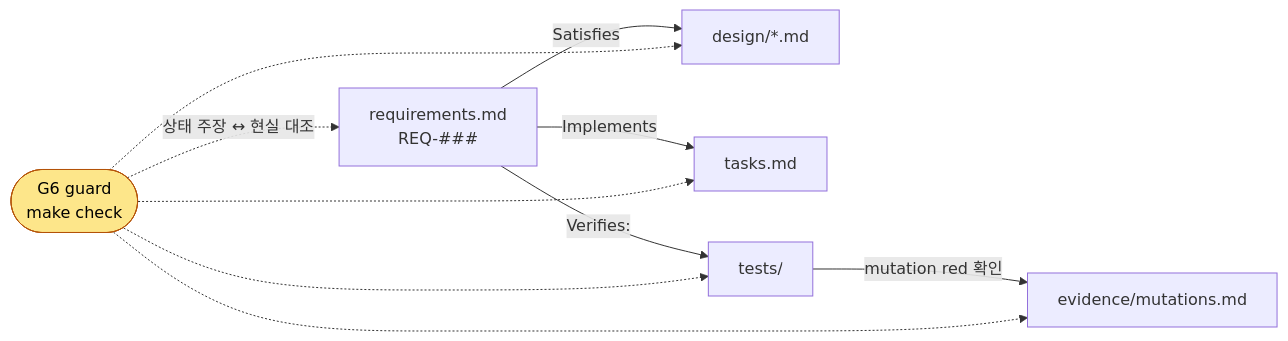
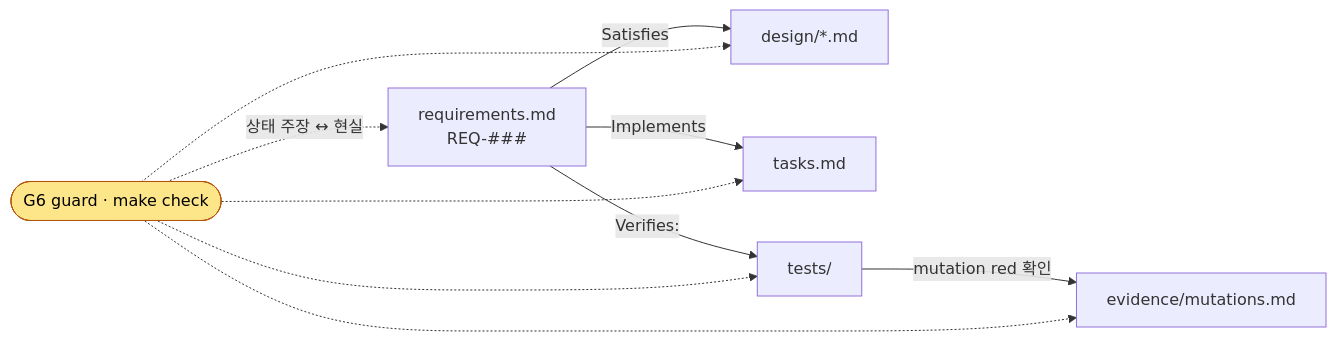
Before and after one commit to men16922/warranty-agent: the fourth of 4 diagrams in docs/OVERVIEW.md, drawn with Mermaid. The commit also changed other lines of this file and 46 other files, not shown here.

````diff
--- a/docs/OVERVIEW.md
+++ b/docs/OVERVIEW.md
@@ -160,13 +161,13 @@
 ```mermaid
 flowchart LR
     R["requirements.md<br/>REQ-###"] -->|Satisfies| D["design/*.md"]
     R -->|Implements| T["tasks.md"]
     R -->|"Verifies:"| E["tests/"]
     E -->|"mutation red 확인"| M["evidence/mutations.md"]
-    G(["G6 guard<br/>make check"]) -.->|"상태 주장 ↔ 현실 대조"| R
+    G(["G6 guard · make check"]) -.->|"상태 주장 ↔ 현실"| R
     G -.-> D
     G -.-> T
     G -.-> E
     G -.-> M
     style G fill:#fde68a,stroke:#b45309,color:#000
 ```
````
